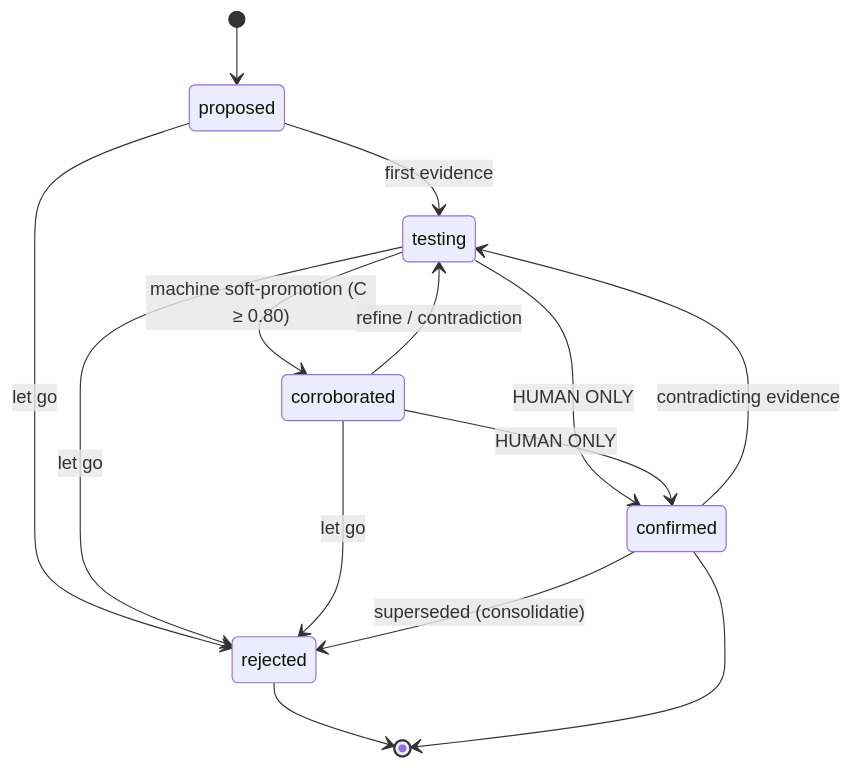
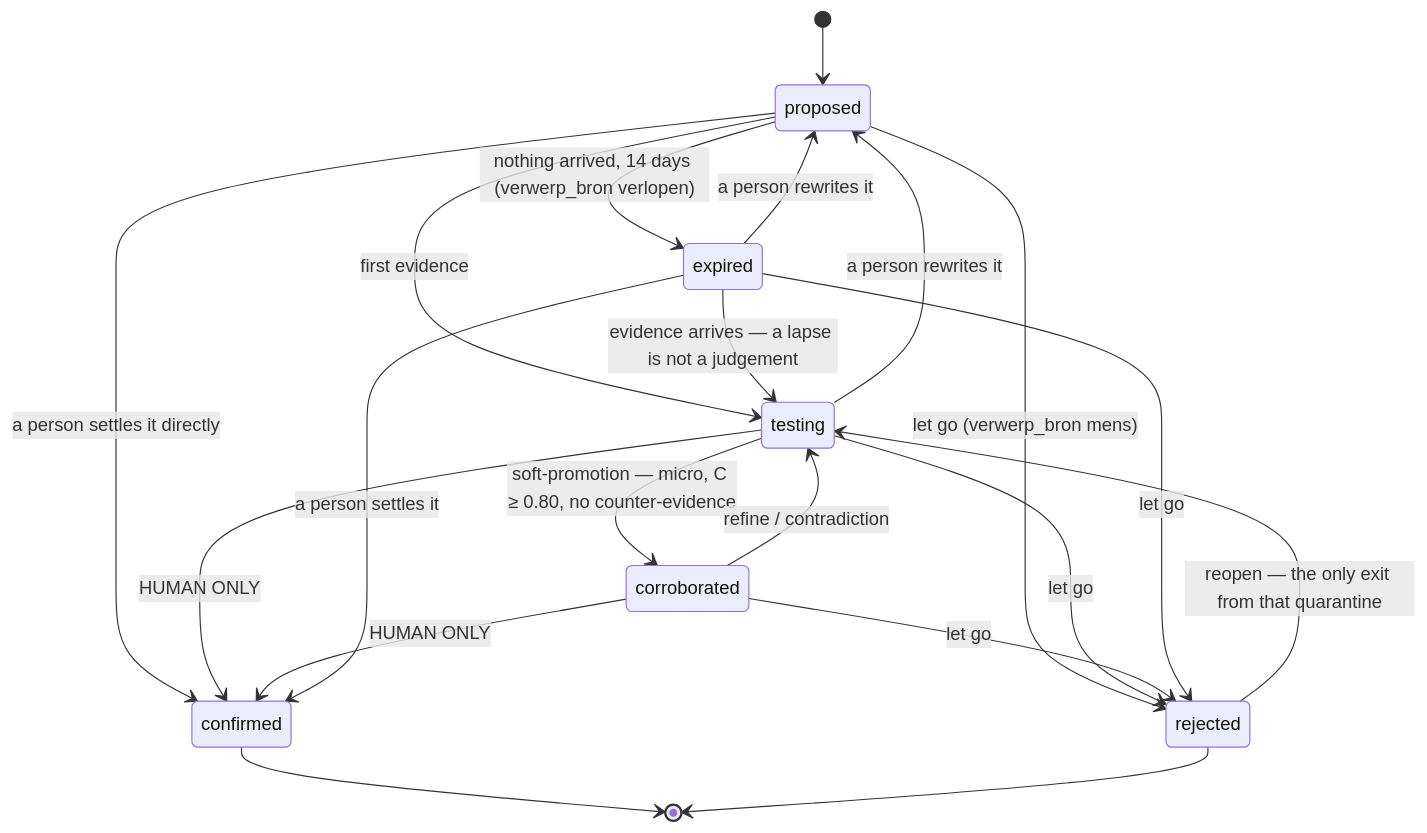
One commit to Bojanni050/Gaia-Cloud changed the sixth of 7 diagrams in docs/architecture-graph.md. Above: the diagram before and after it, drawn with Mermaid. The commit also changed other lines of this file and 7 other files, not shown here.

````diff
--- a/docs/architecture-graph.md
+++ b/docs/architecture-graph.md
@@ -112,16 +179,22 @@
 ```mermaid
 stateDiagram-v2
     [*] --> proposed
     proposed --> testing: first evidence
-    proposed --> rejected: let go
-    testing --> corroborated: machine soft-promotion (C ≥ 0.80)
+    proposed --> confirmed: a person settles it directly
+    proposed --> rejected: let go (verwerp_bron mens)
+    proposed --> expired: nothing arrived, 14 days (verwerp_bron verlopen)
+    testing --> corroborated: soft-promotion — micro, C ≥ 0.80, no counter-evidence
     testing --> confirmed: HUMAN ONLY
     testing --> rejected: let go
+    testing --> proposed: a person rewrites it
     corroborated --> confirmed: HUMAN ONLY
     corroborated --> testing: refine / contradiction
     corroborated --> rejected: let go
-    confirmed --> testing: contradicting evidence
-    confirmed --> rejected: superseded (consolidatie)
+    expired --> testing: evidence arrives — a lapse is not a judgement
+    expired --> confirmed: a person settles it
+    expired --> rejected: let go
+    expired --> proposed: a person rewrites it
+    rejected --> testing: reopen — the only exit from that quarantine
+    confirmed --> [*]
     rejected --> [*]
-    confirmed --> [*]
 ```
````
